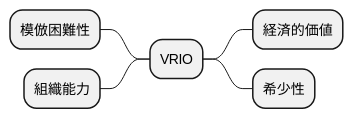
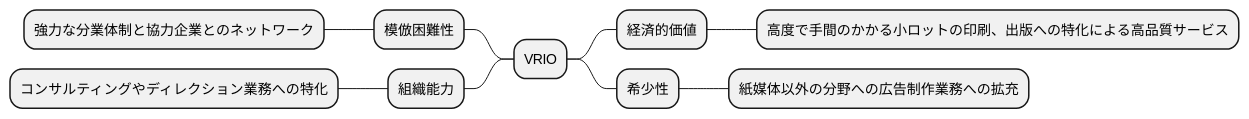
One commit to k2works/case-sutudy-business-analysis changed the fourth of 16 diagrams in docs/case/r03_case_1.adoc. Above: the diagram before and after it, drawn with PlantUML. The commit also changed other lines of this file, not shown here.

```diff
--- a/docs/case/r03_case_1.adoc
+++ b/docs/case/r03_case_1.adoc
@@ -135,13 +147,15 @@
 [plantuml]
 ----
 @startmindmap
-
 * VRIO
 ** 経済的価値
+*** 高度で手間のかかる小ロットの印刷、出版への特化による高品質サービス
 ** 希少性
+*** 紙媒体以外の分野への広告制作業務への拡充
 left side
 ** 模倣困難性
+*** 強力な分業体制と協力企業とのネットワーク
 ** 組織能力
-
+*** コンサルティングやディレクション業務への特化
 @endmindmap
 ----
```
